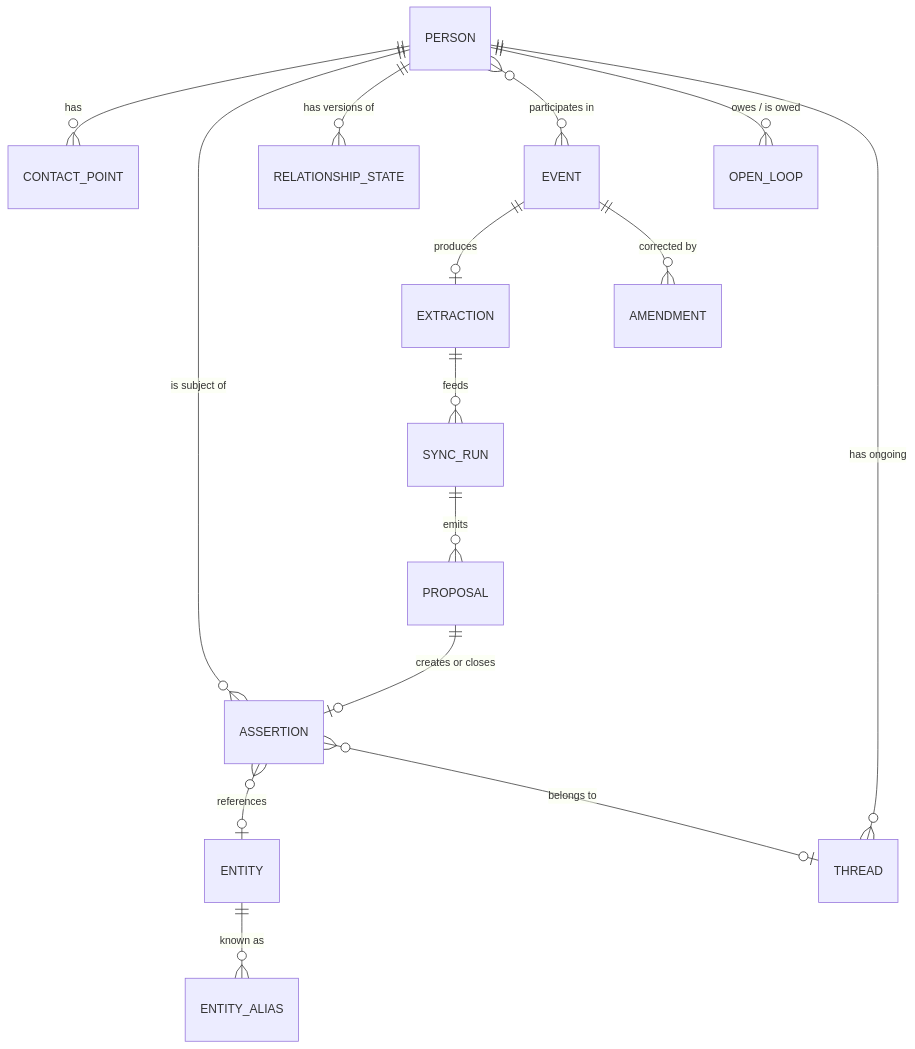
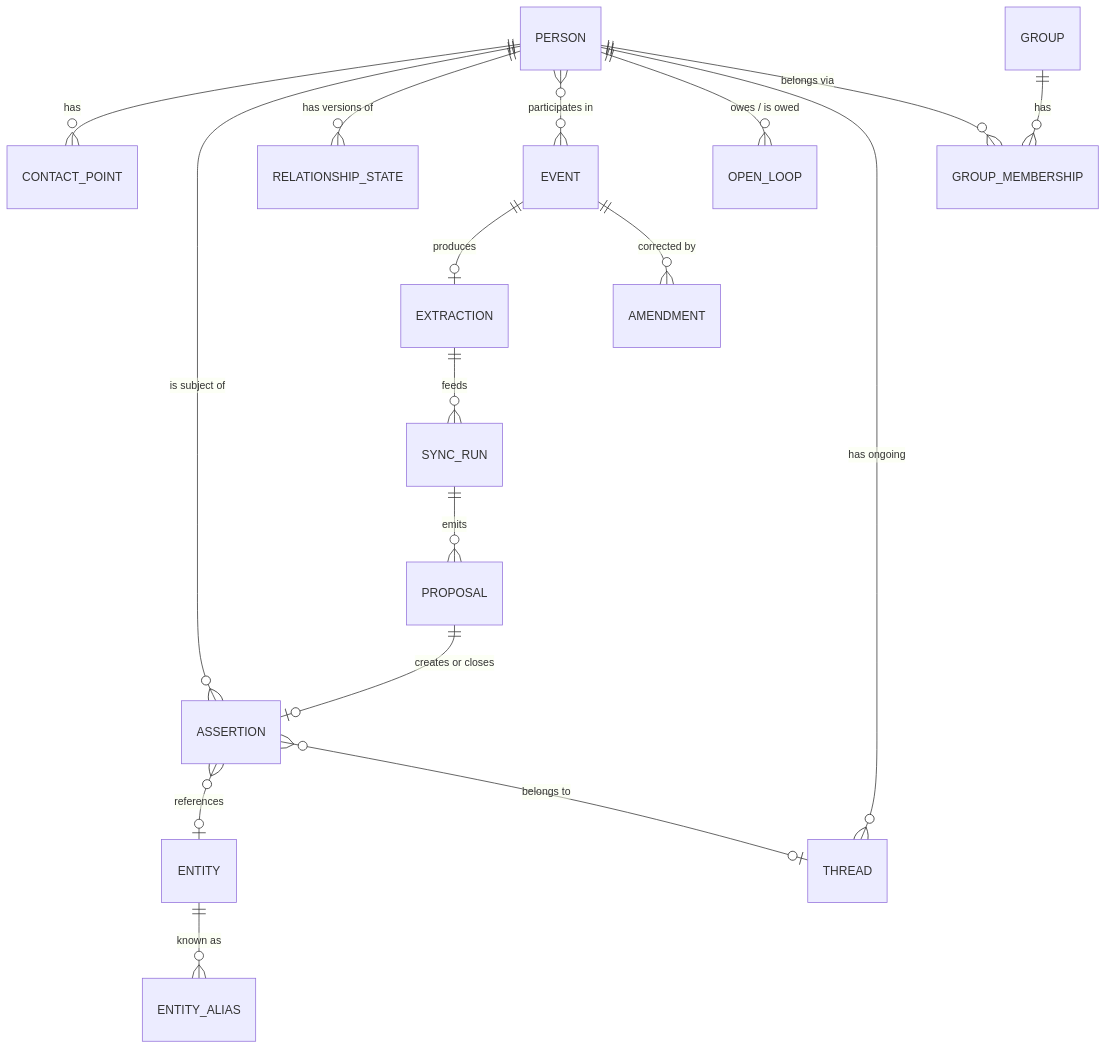
One commit to MaximusAnax/orbit changed the diagram in docs/DATA-MODEL.md. Above: the diagram before and after it, drawn with Mermaid. The commit also changed other lines of this file and 10 other files, not shown here.

````diff
--- a/docs/DATA-MODEL.md
+++ b/docs/DATA-MODEL.md
@@ -137,17 +137,19 @@
 ```mermaid
 erDiagram
     PERSON ||--o{ CONTACT_POINT : has
     PERSON ||--o{ ASSERTION : "is subject of"
     PERSON ||--o{ RELATIONSHIP_STATE : "has versions of"
     PERSON }o--o{ EVENT : "participates in"
     PERSON ||--o{ OPEN_LOOP : "owes / is owed"
     PERSON ||--o{ THREAD : "has ongoing"
+    PERSON ||--o{ GROUP_MEMBERSHIP : "belongs via"
+    GROUP ||--o{ GROUP_MEMBERSHIP : has
     EVENT ||--o| EXTRACTION : produces
     EVENT ||--o{ AMENDMENT : "corrected by"
     EXTRACTION ||--o{ SYNC_RUN : feeds
     SYNC_RUN ||--o{ PROPOSAL : emits
     PROPOSAL ||--o| ASSERTION : "creates or closes"
     ASSERTION }o--o| ENTITY : references
     ASSERTION }o--o| THREAD : "belongs to"
     ENTITY ||--o{ ENTITY_ALIAS : "known as"
 ```
````
